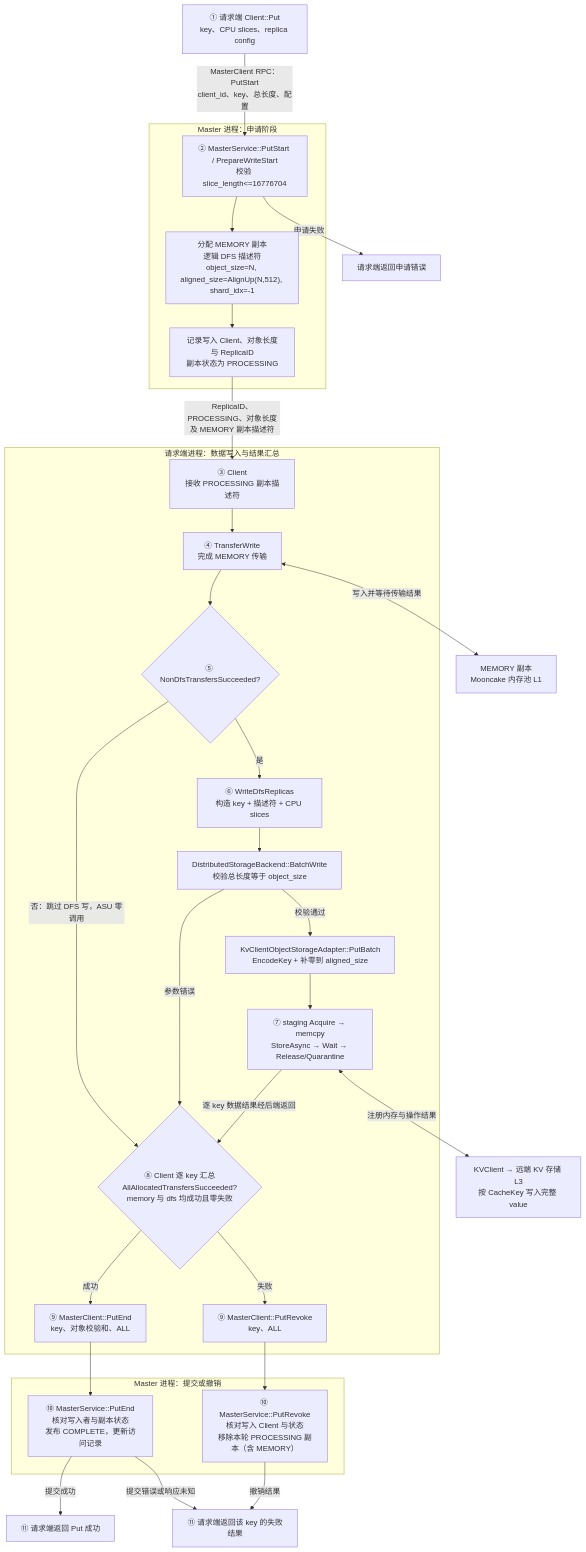
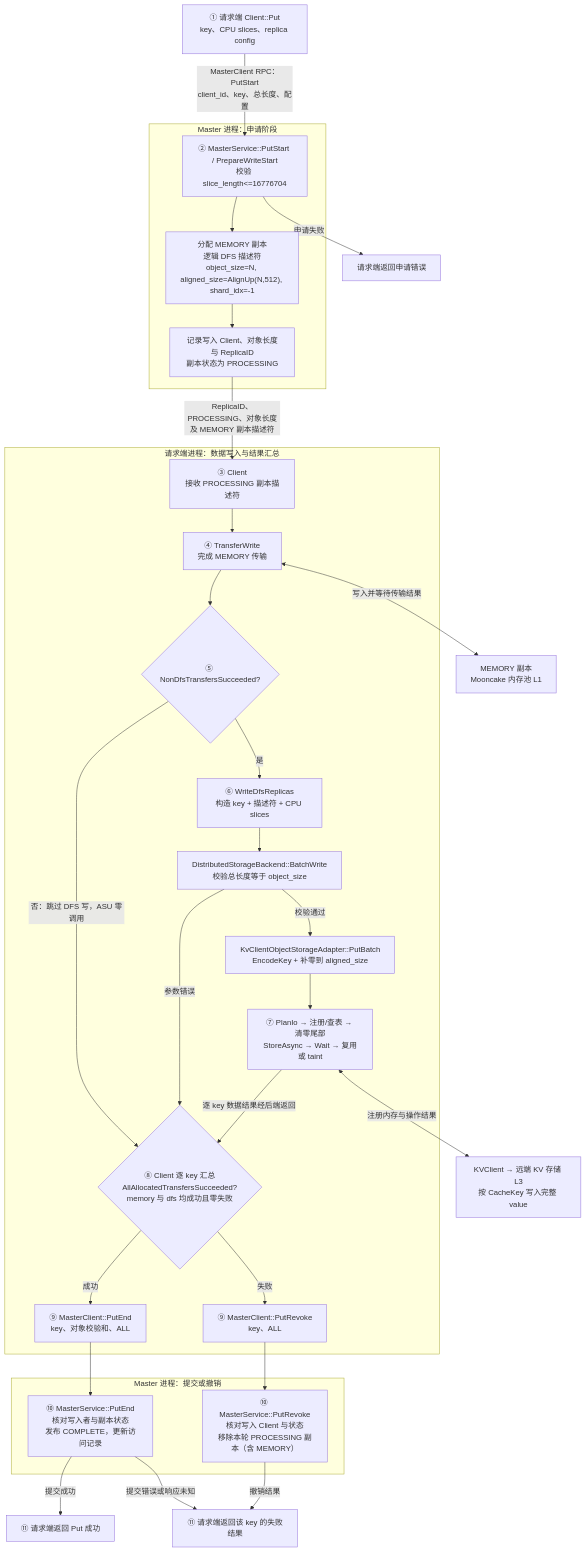
The fourth of 13 diagrams in Mooncake + KVClient L3 接入（Kvcs）- v3.md (zwj20000328-dotcom/Mooncake-documents), drawn with Mermaid before and after one commit. The commit also changed other lines of this file, not shown here.

First line of the commit message:
docs: drop staging fallback and mirror ASUStore buffer registration

````diff
--- a/Mooncake + KVClient L3 接入（Kvcs）- v3.md
+++ b/Mooncake + KVClient L3 接入（Kvcs）- v3.md
@@ -343,60 +332,60 @@
 ```mermaid
 flowchart TB
     C1["① 请求端 Client::Put<br/>key、CPU slices、replica config"]
 
     subgraph MasterStart["Master 进程：申请阶段"]
         START["② MasterService::PutStart / PrepareWriteStart<br/>校验 slice_length<=16776704"]
         ALLOC["分配 MEMORY 副本<br/>逻辑 DFS 描述符<br/>object_size=N, aligned_size=AlignUp(N,512), shard_idx=-1"]
         META["记录写入 Client、对象长度与 ReplicaID<br/>副本状态为 PROCESSING"]
 
         START --> ALLOC
         ALLOC --> META
     end
 
     subgraph Request["请求端进程：数据写入与结果汇总"]
         C2["③ Client<br/>接收 PROCESSING 副本描述符"]
         T["④ TransferWrite<br/>完成 MEMORY 传输"]
         GATE{"⑤ NonDfsTransfersSucceeded?"}
         W["⑥ WriteDfsReplicas<br/>构造 key + 描述符 + CPU slices"]
         B["DistributedStorageBackend::BatchWrite<br/>校验总长度等于 object_size"]
         O["KvClientObjectStorageAdapter::PutBatch<br/>EncodeKey + 补零到 aligned_size"]
-        D["⑦ staging Acquire → memcpy<br/>StoreAsync → Wait → Release/Quarantine"]
+        D["⑦ PlanIo → 注册/查表 → 清零尾部<br/>StoreAsync → Wait → 复用或 taint"]
         J{"⑧ Client 逐 key 汇总<br/>AllAllocatedTransfersSucceeded?<br/>memory 与 dfs 均成功且零失败"}
         END["⑨ MasterClient::PutEnd<br/>key、对象校验和、ALL"]
         REVOKE["⑨ MasterClient::PutRevoke<br/>key、ALL"]
 
         C2 --> T
         T --> GATE
         GATE -->|"是"| W
         GATE -->|"否：跳过 DFS 写，ASU 零调用"| J
         W --> B
         B -->|"校验通过"| O
         B -->|"参数错误"| J
         O --> D
         D -->|"逐 key 数据结果经后端返回"| J
         J -->|"成功"| END
         J -->|"失败"| REVOKE
     end
 
     subgraph MasterFinish["Master 进程：提交或撤销"]
         COMMIT["⑩ MasterService::PutEnd<br/>核对写入者与副本状态<br/>发布 COMPLETE，更新访问记录"]
         ABORT["⑩ MasterService::PutRevoke<br/>核对写入 Client 与状态<br/>移除本轮 PROCESSING 副本（含 MEMORY）"]
     end
 
     OK["⑪ 请求端返回 Put 成功"]
     FAIL["⑪ 请求端返回该 key 的失败结果"]
     REJECT["请求端返回申请错误"]
     RAM["MEMORY 副本<br/>Mooncake 内存池 L1"]
     S["KVClient → 远端 KV 存储 L3<br/>按 CacheKey 写入完整 value"]
 
     C1 -->|"MasterClient RPC：PutStart<br/>client_id、key、总长度、配置"| START
     START -->|"申请失败"| REJECT
     META -->|"ReplicaID、PROCESSING、对象长度<br/>及 MEMORY 副本描述符"| C2
     T <-->|"写入并等待传输结果"| RAM
     D <-->|"注册内存与操作结果"| S
     END --> COMMIT
     COMMIT -->|"提交成功"| OK
     COMMIT -->|"提交错误或响应未知"| FAIL
     REVOKE --> ABORT
     ABORT -->|"撤销结果"| FAIL
 ```
````
